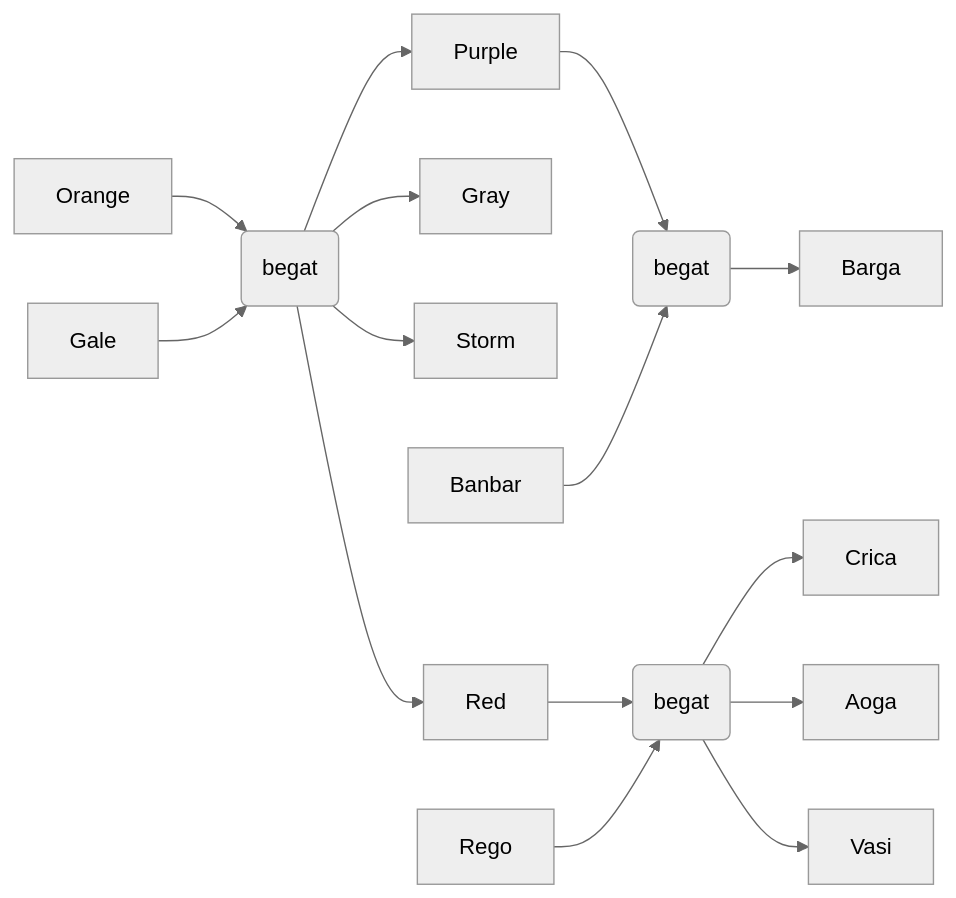
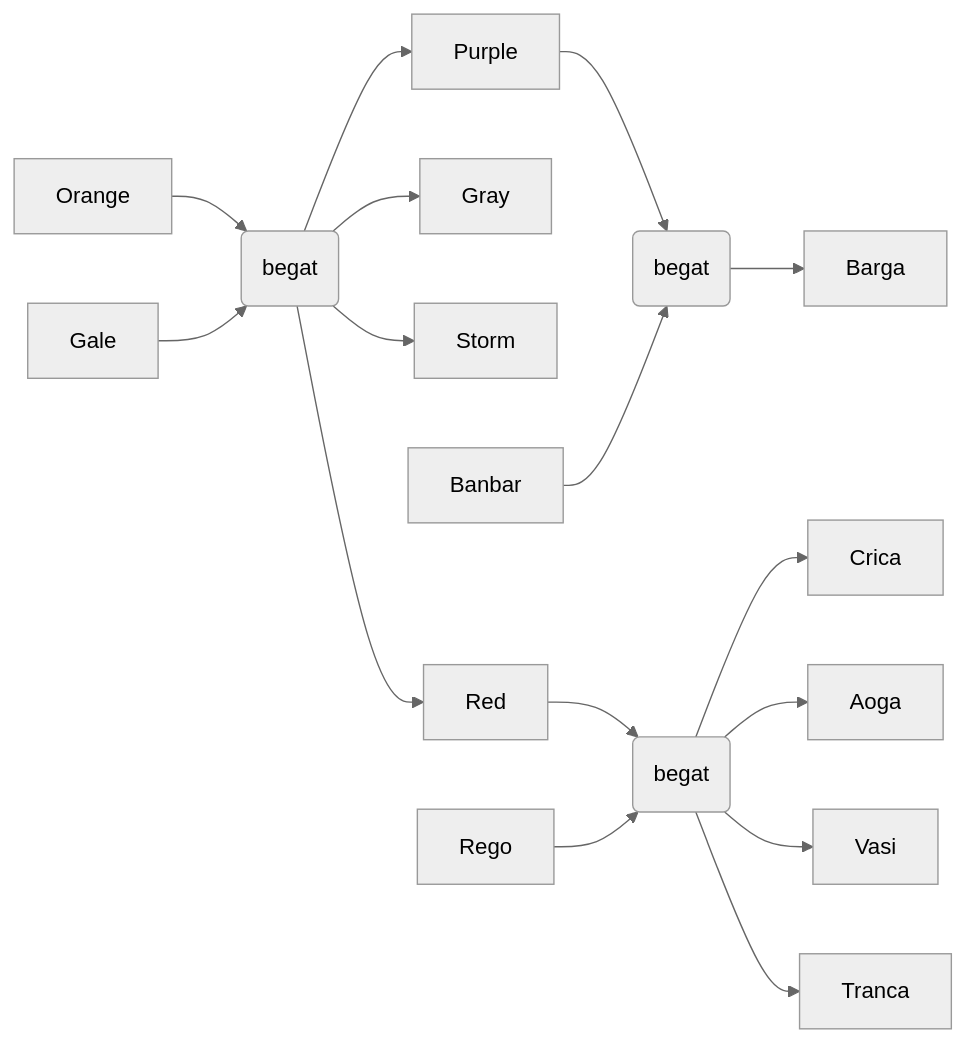
The diagram in plays/BaidaTribe2025/Baida-FamilyTrees.md (WuphonsReach/rimworld-notes), drawn with Mermaid (neutral theme) before and after one commit. The commit also changed 1 other file, not shown here.

Commit message:
baida Jul-5526

````diff
--- a/plays/BaidaTribe2025/Baida-FamilyTrees.md
+++ b/plays/BaidaTribe2025/Baida-FamilyTrees.md
@@ -5,17 +5,18 @@
 ```mermaid
 flowchart LR
   Orange --> OrangeGale(begat)
   Gale --> OrangeGale(begat)
   OrangeGale --> Purple
   OrangeGale --> Gray
   OrangeGale --> Storm
   OrangeGale --> Red
   Red --> RedRego(begat)
   Rego --> RedRego(begat)
   RedRego --> Crica
   RedRego --> Aoga
   RedRego --> Vasi
+  RedRego --> Tranca
   Purple --> PurpleBanbar(begat)
   Banbar --> PurpleBanbar(begat)
   PurpleBanbar --> Barga
 ```
````
